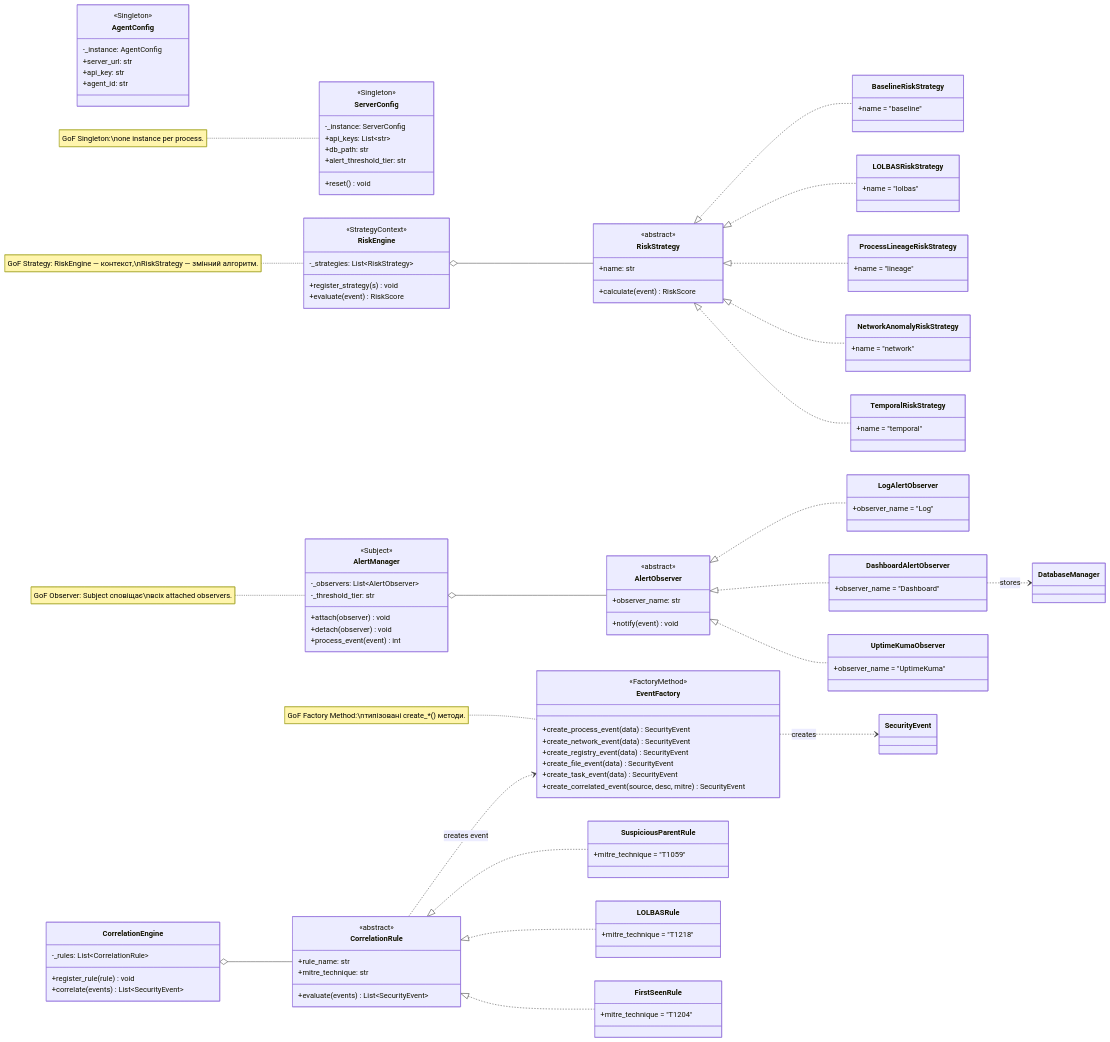
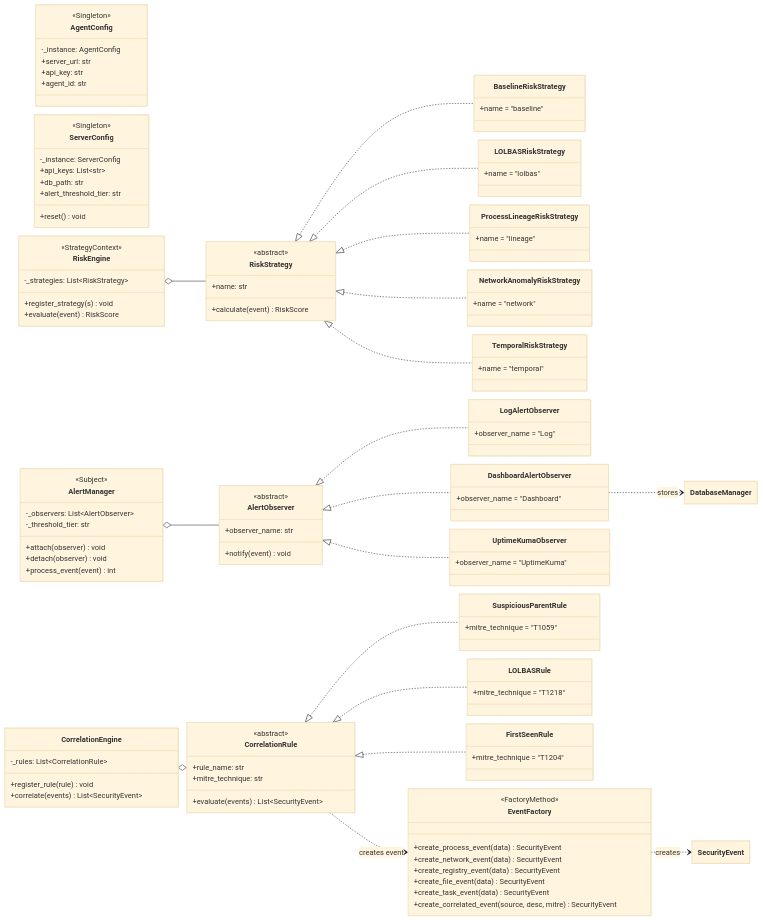
The second of 2 diagrams in uml4.md (kupetsovkn24-lgtm/HIDS), drawn with Mermaid before and after one commit. The commit also changed other lines of this file, not shown here.

````diff
--- a/uml4.md
+++ b/uml4.md
@@ -98,4 +94,5 @@
 ```mermaid
+%%{init: {"theme":"base","flowchart":{"nodeSpacing":18,"rankSpacing":18},"class":{"hideEmptyMembersBox":true}}}%%
 classDiagram
 direction LR
 
@@ -201,9 +198,4 @@
 CorrelationRule ..> EventFactory : creates event
 
 EventFactory ..> SecurityEvent : creates
-
-note for RiskEngine "GoF Strategy: RiskEngine — контекст,\nRiskStrategy — змінний алгоритм."
-note for AlertManager "GoF Observer: Subject сповіщає\nвсіх attached observers."
-note for EventFactory "GoF Factory Method:\nтипізовані create_*() методи."
-note for ServerConfig "GoF Singleton:\none instance per process."
 ```
````
